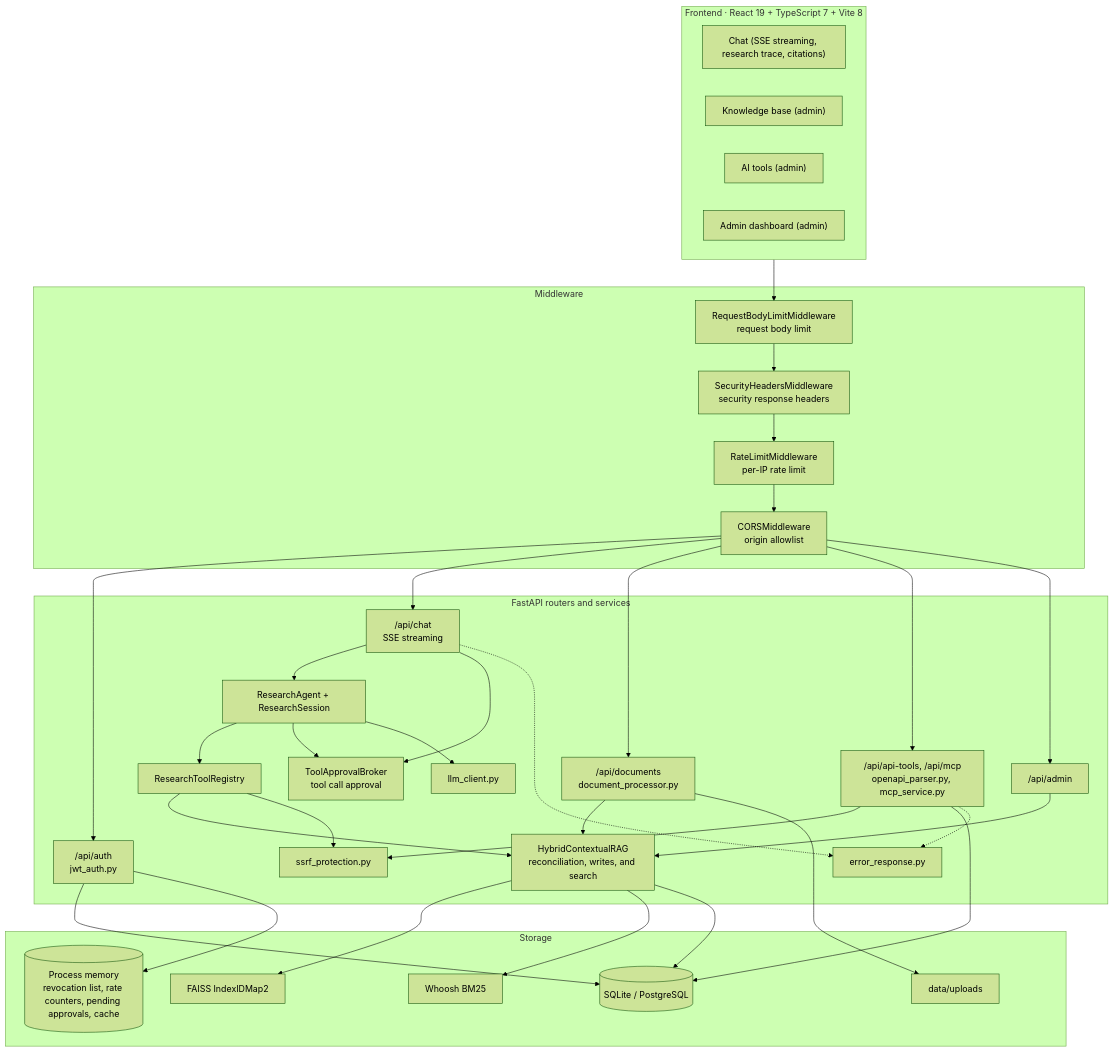
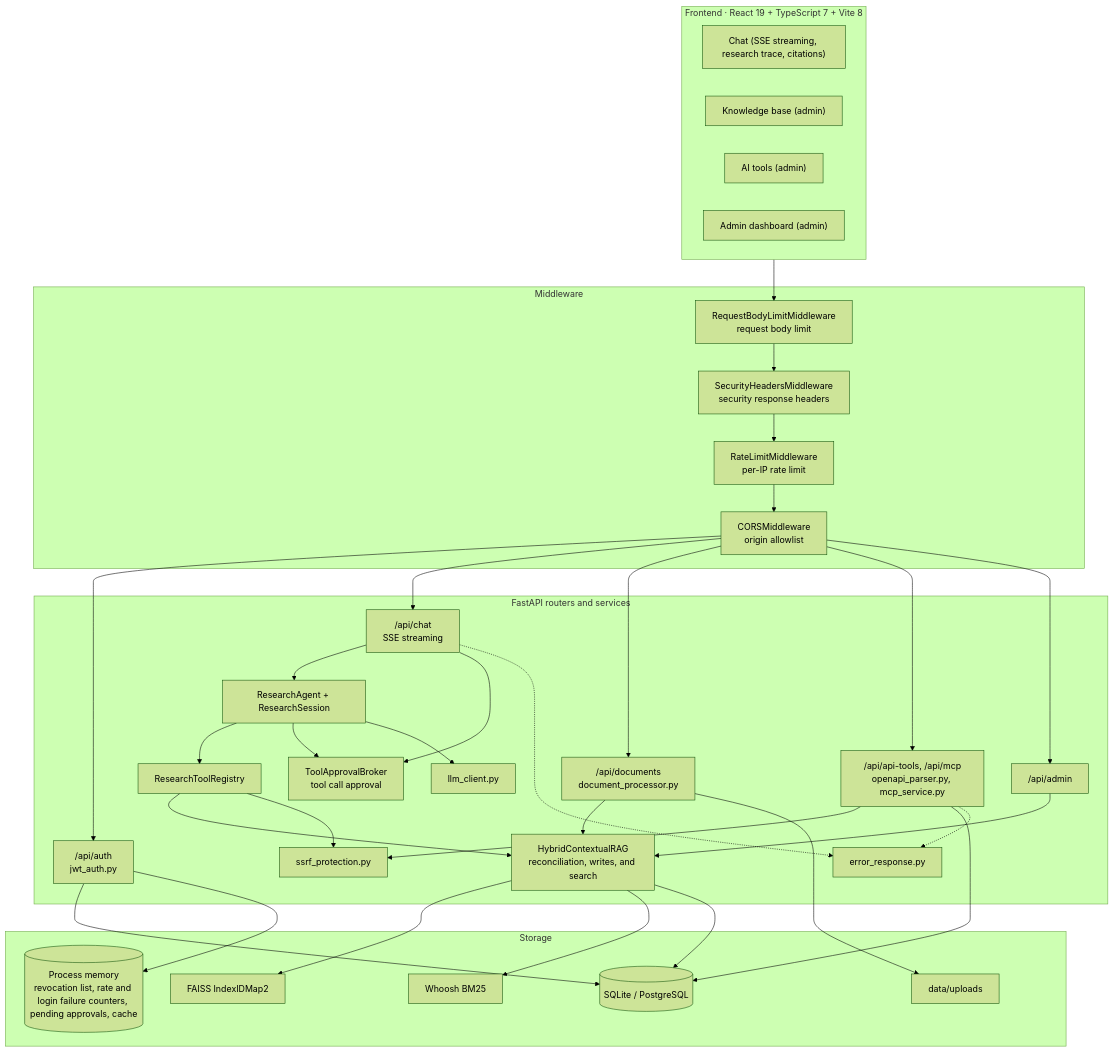
One commit to Scorpio-meow/AskMiao changed the first of 9 diagrams in docs/architecture_en.md. Above: the diagram before and after it, drawn with Mermaid (forest theme). The commit also changed other lines of this file and 11 other files, not shown here.

````diff
--- a/docs/architecture_en.md
+++ b/docs/architecture_en.md
@@ -30,59 +30,59 @@
 ```mermaid
 flowchart TB
     subgraph Client ["Frontend · React 19 + TypeScript 7 + Vite 8"]
         ChatUI["Chat (SSE streaming, research trace, citations)"]
         DocsUI["Knowledge base (admin)"]
         ToolsUI["AI tools (admin)"]
         AdminUI["Admin dashboard (admin)"]
     end
 
     subgraph Gateway ["Middleware"]
         BodyLimit["RequestBodyLimitMiddleware<br/>request body limit"]
         SecHeaders["SecurityHeadersMiddleware<br/>security response headers"]
         RateLimit["RateLimitMiddleware<br/>per-IP rate limit"]
         CORS["CORSMiddleware<br/>origin allowlist"]
     end
 
     subgraph Backend ["FastAPI routers and services"]
         AuthAPI["/api/auth<br/>jwt_auth.py"]
         ChatAPI["/api/chat<br/>SSE streaming"]
         DocAPI["/api/documents<br/>document_processor.py"]
         ToolAPI["/api/api-tools, /api/mcp<br/>openapi_parser.py, mcp_service.py"]
         AdminAPI["/api/admin"]
         RAG["HybridContextualRAG<br/>reconciliation, writes, and search"]
         Agent["ResearchAgent + ResearchSession"]
         Approval["ToolApprovalBroker<br/>tool call approval"]
         Registry["ResearchToolRegistry"]
         LLM["llm_client.py"]
         SSRF["ssrf_protection.py"]
         Err["error_response.py"]
     end
 
     subgraph Storage ["Storage"]
         DB[("SQLite / PostgreSQL")]
         FAISS["FAISS IndexIDMap2"]
         BM25["Whoosh BM25"]
         Files["data/uploads"]
-        Mem[("Process memory<br/>revocation list, rate counters, pending approvals, cache")]
+        Mem[("Process memory<br/>revocation list, rate and login failure counters, pending approvals, cache")]
     end
 
     Client --> BodyLimit --> SecHeaders --> RateLimit --> CORS
     CORS --> AuthAPI & ChatAPI & DocAPI & ToolAPI & AdminAPI
     ChatAPI --> Agent --> Registry
     Agent --> Approval
     ChatAPI --> Approval
     Agent --> LLM
     Registry --> RAG
     Registry --> SSRF
     ToolAPI --> SSRF
     DocAPI --> RAG
     AdminAPI --> RAG
     RAG --> FAISS & BM25
     RAG --> DB
     DocAPI --> Files
     AuthAPI --> DB
     AuthAPI --> Mem
     ToolAPI --> DB
     ChatAPI -.-> Err
     ToolAPI -.-> Err
 ```
````
